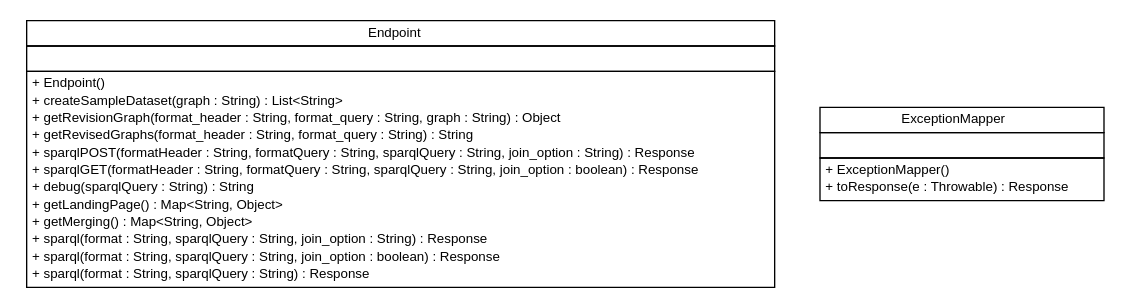
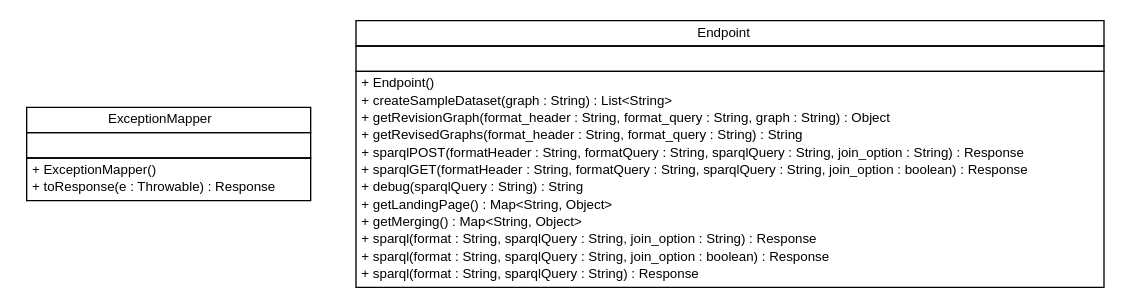
The diagram in site/apidocs/de/tud/plt/r43ples/webservice/de.tud.plt.r43ples.webservice.dot (adrianorzyszek/r43ples), drawn with Graphviz before and after one commit. The commit also changed 265 other files, not shown here.

```diff
--- a/site/apidocs/de/tud/plt/r43ples/webservice/de.tud.plt.r43ples.webservice.dot
+++ b/site/apidocs/de/tud/plt/r43ples/webservice/de.tud.plt.r43ples.webservice.dot
@@ -1,48 +1,48 @@
 #!/usr/local/bin/dot
 #
 # Class diagram 
 # Generated by UMLGraph version R5_6-24-gf6e263 (http://www.umlgraph.org/)
 #
 
 digraph G {
 	edge [fontname="Helvetica",fontsize=10,labelfontname="Helvetica",labelfontsize=10];
 	node [fontname="Helvetica",fontsize=10,shape=plaintext];
 	nodesep=0.25;
 	ranksep=0.5;
+	// de.tud.plt.r43ples.webservice.ExceptionMapper
+	c130 [label=<<table title="de.tud.plt.r43ples.webservice.ExceptionMapper" border="0" cellborder="1" cellspacing="0" cellpadding="2" port="p" href="./ExceptionMapper.html">
+		<tr><td><table border="0" cellspacing="0" cellpadding="1">
+<tr><td align="center" balign="center"> ExceptionMapper </td></tr>
+		</table></td></tr>
+		<tr><td><table border="0" cellspacing="0" cellpadding="1">
+<tr><td align="left" balign="left">  </td></tr>
+		</table></td></tr>
+		<tr><td><table border="0" cellspacing="0" cellpadding="1">
+<tr><td align="left" balign="left"> + ExceptionMapper() </td></tr>
+<tr><td align="left" balign="left"> + toResponse(e : Throwable) : Response </td></tr>
+		</table></td></tr>
+		</table>>, URL="./ExceptionMapper.html", fontname="Helvetica", fontcolor="black", fontsize=10.0];
 	// de.tud.plt.r43ples.webservice.Endpoint
-	c0 [label=<<table title="de.tud.plt.r43ples.webservice.Endpoint" border="0" cellborder="1" cellspacing="0" cellpadding="2" port="p" href="./Endpoint.html">
+	c131 [label=<<table title="de.tud.plt.r43ples.webservice.Endpoint" border="0" cellborder="1" cellspacing="0" cellpadding="2" port="p" href="./Endpoint.html">
 		<tr><td><table border="0" cellspacing="0" cellpadding="1">
 <tr><td align="center" balign="center"> Endpoint </td></tr>
 		</table></td></tr>
 		<tr><td><table border="0" cellspacing="0" cellpadding="1">
 <tr><td align="left" balign="left">  </td></tr>
 		</table></td></tr>
 		<tr><td><table border="0" cellspacing="0" cellpadding="1">
 <tr><td align="left" balign="left"> + Endpoint() </td></tr>
 <tr><td align="left" balign="left"> + createSampleDataset(graph : String) : List&lt;String&gt; </td></tr>
 <tr><td align="left" balign="left"> + getRevisionGraph(format_header : String, format_query : String, graph : String) : Object </td></tr>
 <tr><td align="left" balign="left"> + getRevisedGraphs(format_header : String, format_query : String) : String </td></tr>
 <tr><td align="left" balign="left"> + sparqlPOST(formatHeader : String, formatQuery : String, sparqlQuery : String, join_option : String) : Response </td></tr>
 <tr><td align="left" balign="left"> + sparqlGET(formatHeader : String, formatQuery : String, sparqlQuery : String, join_option : boolean) : Response </td></tr>
 <tr><td align="left" balign="left"> + debug(sparqlQuery : String) : String </td></tr>
 <tr><td align="left" balign="left"> + getLandingPage() : Map&lt;String, Object&gt; </td></tr>
 <tr><td align="left" balign="left"> + getMerging() : Map&lt;String, Object&gt; </td></tr>
 <tr><td align="left" balign="left"> + sparql(format : String, sparqlQuery : String, join_option : String) : Response </td></tr>
 <tr><td align="left" balign="left"> + sparql(format : String, sparqlQuery : String, join_option : boolean) : Response </td></tr>
 <tr><td align="left" balign="left"> + sparql(format : String, sparqlQuery : String) : Response </td></tr>
 		</table></td></tr>
 		</table>>, URL="./Endpoint.html", fontname="Helvetica", fontcolor="black", fontsize=10.0];
-	// de.tud.plt.r43ples.webservice.ExceptionMapper
-	c1 [label=<<table title="de.tud.plt.r43ples.webservice.ExceptionMapper" border="0" cellborder="1" cellspacing="0" cellpadding="2" port="p" href="./ExceptionMapper.html">
-		<tr><td><table border="0" cellspacing="0" cellpadding="1">
-<tr><td align="center" balign="center"> ExceptionMapper </td></tr>
-		</table></td></tr>
-		<tr><td><table border="0" cellspacing="0" cellpadding="1">
-<tr><td align="left" balign="left">  </td></tr>
-		</table></td></tr>
-		<tr><td><table border="0" cellspacing="0" cellpadding="1">
-<tr><td align="left" balign="left"> + ExceptionMapper() </td></tr>
-<tr><td align="left" balign="left"> + toResponse(e : Throwable) : Response </td></tr>
-		</table></td></tr>
-		</table>>, URL="./ExceptionMapper.html", fontname="Helvetica", fontcolor="black", fontsize=10.0];
 }
```
